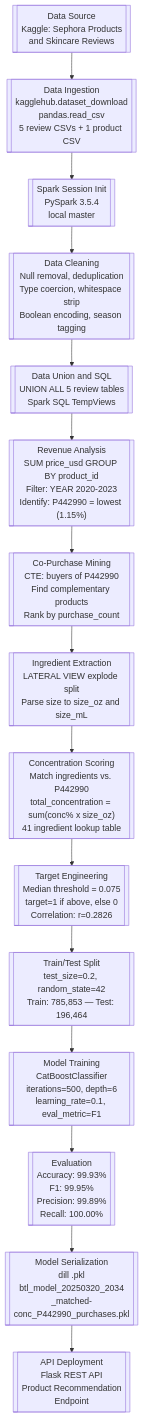
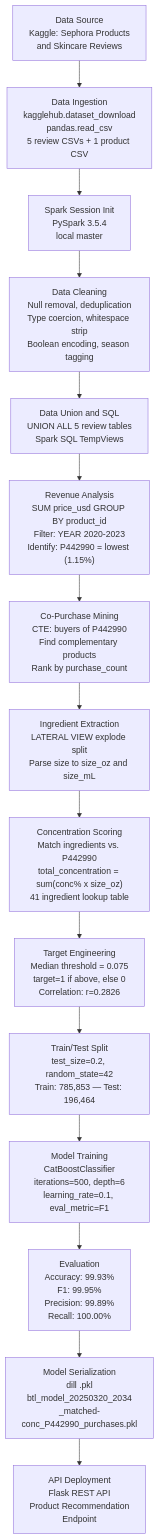
One commit to bakuncwa/btl_model changed the second of 3 diagrams in DATAMIN.md. Above: the diagram before and after it, drawn with Mermaid. The commit also changed other lines of this file and 2 other files, not shown here.

Commit message:
Update class distribution chart colors, fix Mermaid diagrams, remove author info
- fig3: recolor to darkblue/darkred to match monthly revenue chart scheme
- DATAMIN.md: fix Mermaid node syntax (\n -> <br/>, [[...]] -> [...]) for proper GitHub rendering
- DATAMIN.md: remove author/role/contact/event header block
- Notebook fig3_code cell updated to match new color scheme

````diff
--- a/DATAMIN.md
+++ b/DATAMIN.md
@@ -719,33 +714,33 @@
 ```mermaid
 flowchart TD
-    A[["Data Source\nKaggle: Sephora Products\nand Skincare Reviews"]]
-    B[["Data Ingestion\nkagglehub.dataset_download\npandas.read_csv\n5 review CSVs + 1 product CSV"]]
-    C[["Spark Session Init\nPySpark 3.5.4\nlocal master"]]
-    D[["Data Cleaning\nNull removal, deduplication\nType coercion, whitespace strip\nBoolean encoding, season tagging"]]
-    E[["Data Union and SQL\nUNION ALL 5 review tables\nSpark SQL TempViews"]]
-    F[["Revenue Analysis\nSUM price_usd GROUP BY product_id\nFilter: YEAR 2020-2023\nIdentify: P442990 = lowest (1.15%)"]]
-    G[["Co-Purchase Mining\nCTE: buyers of P442990\nFind complementary products\nRank by purchase_count"]]
-    H[["Ingredient Extraction\nLATERAL VIEW explode split\nParse size to size_oz and size_mL"]]
-    I[["Concentration Scoring\nMatch ingredients vs. P442990\ntotal_concentration = sum(conc% x size_oz)\n41 ingredient lookup table"]]
-    J[["Target Engineering\nMedian threshold = 0.075\ntarget=1 if above, else 0\nCorrelation: r=0.2826"]]
-    K[["Train/Test Split\ntest_size=0.2, random_state=42\nTrain: 785,853 — Test: 196,464"]]
-    L[["Model Training\nCatBoostClassifier\niterations=500, depth=6\nlearning_rate=0.1, eval_metric=F1"]]
-    M[["Evaluation\nAccuracy: 99.93%\nF1: 99.95%\nPrecision: 99.89%\nRecall: 100.00%"]]
-    N[["Model Serialization\ndill .pkl\nbtl_model_20250320_2034\n_matched-conc_P442990_purchases.pkl"]]
-    O[["API Deployment\nFlask REST API\nProduct Recommendation\nEndpoint"]]
+    A["Data Source<br/>Kaggle: Sephora Products<br/>and Skincare Reviews"]
+    B["Data Ingestion<br/>kagglehub.dataset_download<br/>pandas.read_csv<br/>5 review CSVs + 1 product CSV"]
+    C["Spark Session Init<br/>PySpark 3.5.4<br/>local master"]
+    D["Data Cleaning<br/>Null removal, deduplication<br/>Type coercion, whitespace strip<br/>Boolean encoding, season tagging"]
+    E["Data Union and SQL<br/>UNION ALL 5 review tables<br/>Spark SQL TempViews"]
+    F["Revenue Analysis<br/>SUM price_usd GROUP BY product_id<br/>Filter: YEAR 2020-2023<br/>Identify: P442990 = lowest (1.15%)"]
+    G["Co-Purchase Mining<br/>CTE: buyers of P442990<br/>Find complementary products<br/>Rank by purchase_count"]
+    H["Ingredient Extraction<br/>LATERAL VIEW explode split<br/>Parse size to size_oz and size_mL"]
+    I["Concentration Scoring<br/>Match ingredients vs. P442990<br/>total_concentration = sum(conc% x size_oz)<br/>41 ingredient lookup table"]
+    J["Target Engineering<br/>Median threshold = 0.075<br/>target=1 if above, else 0<br/>Correlation: r=0.2826"]
+    K["Train/Test Split<br/>test_size=0.2, random_state=42<br/>Train: 785,853 — Test: 196,464"]
+    L["Model Training<br/>CatBoostClassifier<br/>iterations=500, depth=6<br/>learning_rate=0.1, eval_metric=F1"]
+    M["Evaluation<br/>Accuracy: 99.93%<br/>F1: 99.95%<br/>Precision: 99.89%<br/>Recall: 100.00%"]
+    N["Model Serialization<br/>dill .pkl<br/>btl_model_20250320_2034<br/>_matched-conc_P442990_purchases.pkl"]
+    O["API Deployment<br/>Flask REST API<br/>Product Recommendation<br/>Endpoint"]
 
     A --> B
     B --> C
     C --> D
     D --> E
     E --> F
     F --> G
     G --> H
     H --> I
     I --> J
     J --> K
     K --> L
     L --> M
     M --> N
     N --> O
 ```
````
